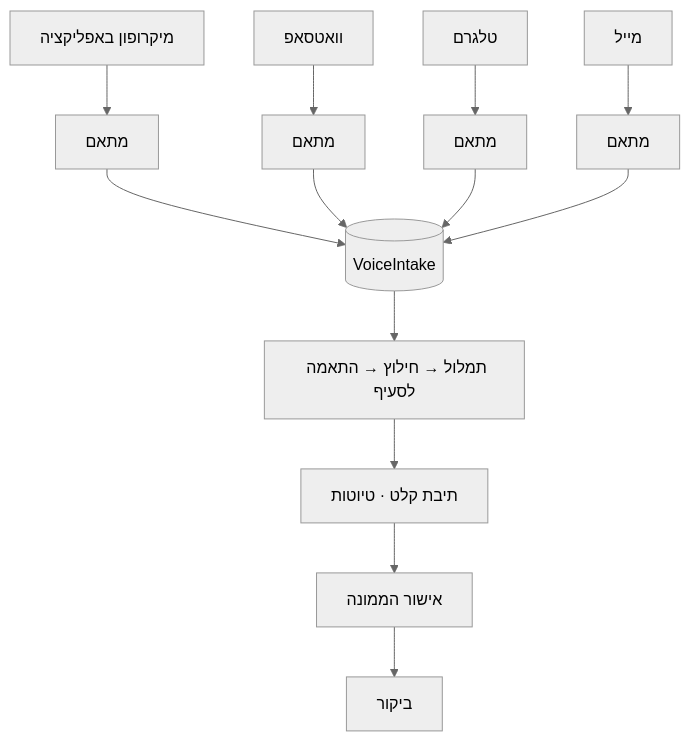
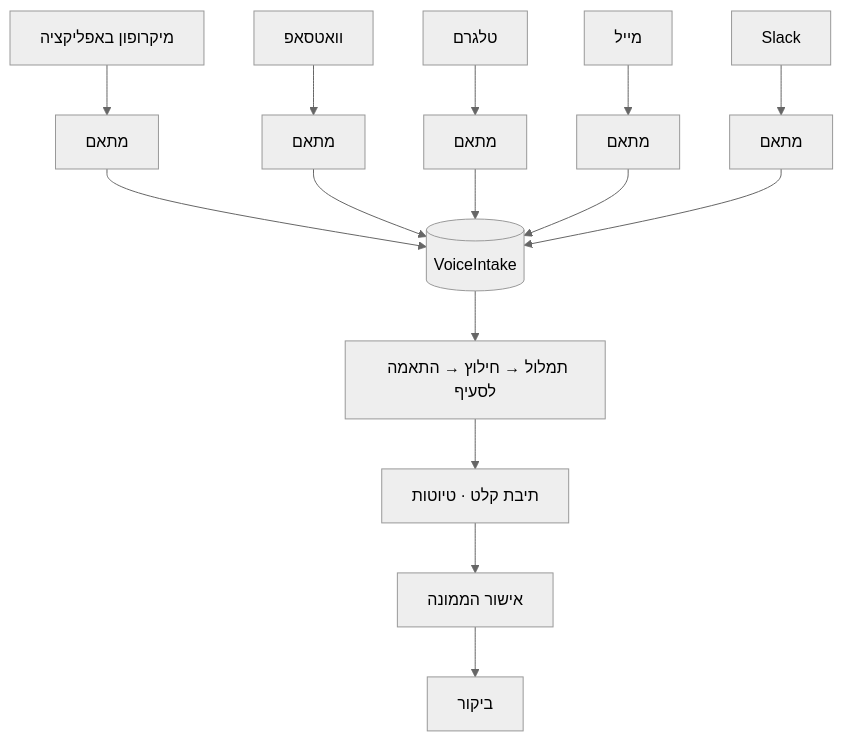
The diagram in docs/23-INTAKE-CHANNELS.md (Moti316/SafeSite), drawn with Mermaid (neutral theme) before and after one commit. The commit also changed other lines of this file and 1 other file, not shown here.

First line of the commit message:
docs: add Slack as fifth channel, primarily an output path

````diff
--- a/docs/23-INTAKE-CHANNELS.md
+++ b/docs/23-INTAKE-CHANNELS.md
@@ -15,15 +15,17 @@
 ```mermaid
 flowchart TD
   MIC[מיקרופון באפליקציה] --> A1[מתאם]
   WA[וואטסאפ] --> A2[מתאם]
   TG[טלגרם] --> A3[מתאם]
   EM[מייל] --> A4[מתאם]
+  SL[Slack] --> A5[מתאם]
   A1 --> VI[(VoiceIntake)]
   A2 --> VI
   A3 --> VI
   A4 --> VI
+  A5 --> VI
   VI --> P[תמלול → חילוץ → התאמה לסעיף]
   P --> INB[תיבת קלט · טיוטות]
   INB --> REV[אישור הממונה]
   REV --> VIS[ביקור]
 ```
````
